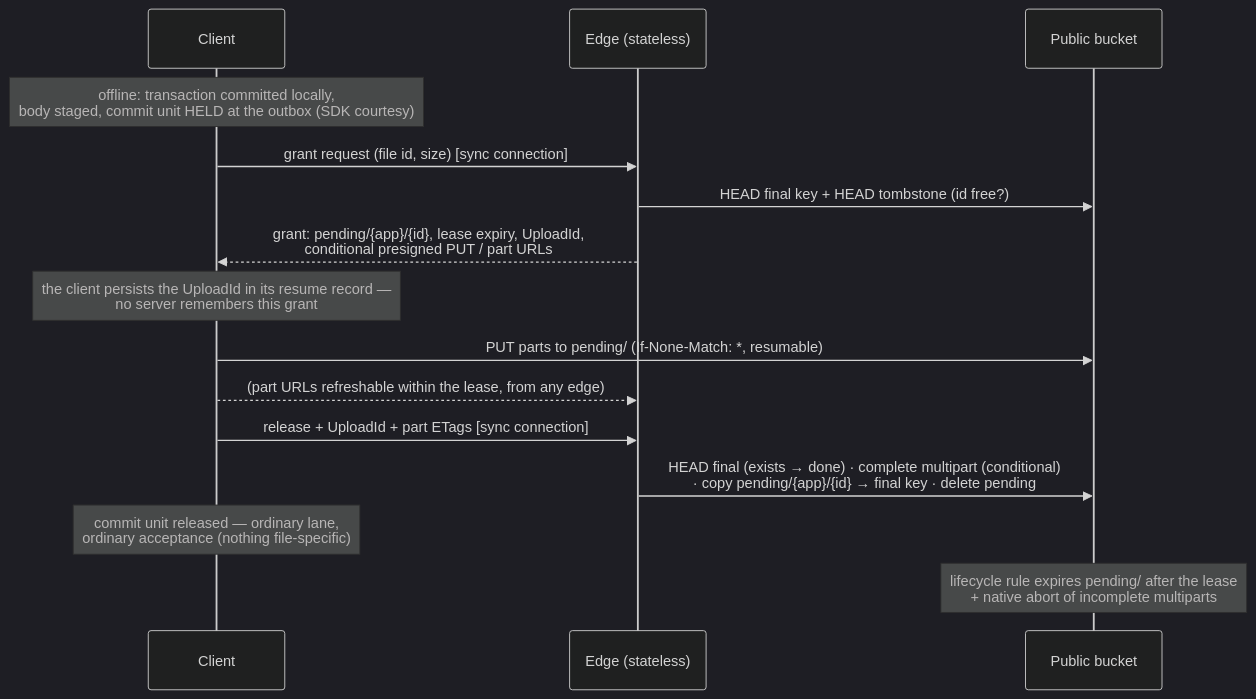
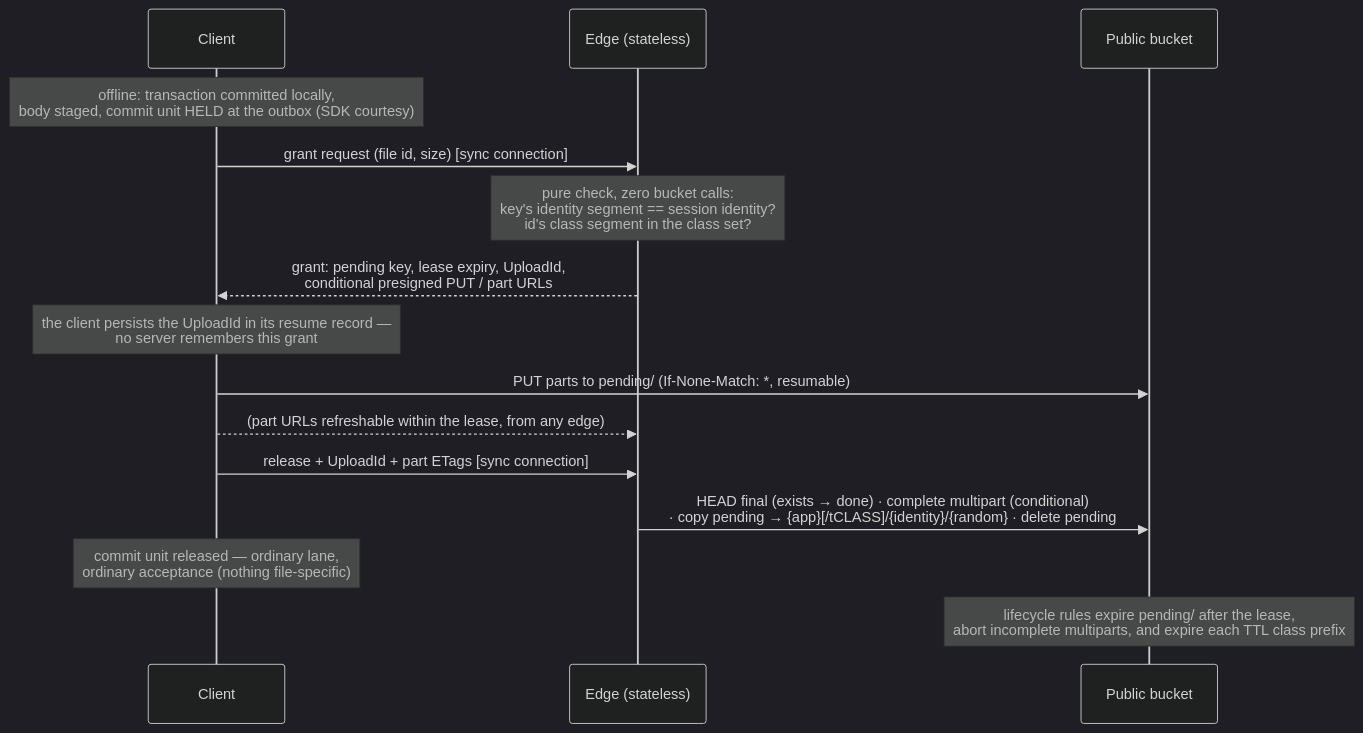
The second of 3 diagrams in docs/superpowers/specs/2026-07-09-files-design-explained.md (garden-co/jazz), drawn with Mermaid (dark theme) before and after one commit. The commit also changed other lines of this file and 5 other files, not shown here.

Commit message:
Simplify id management: identity-bound keys, schema-declared TTL

````diff
--- a/docs/superpowers/specs/2026-07-09-files-design-explained.md
+++ b/docs/superpowers/specs/2026-07-09-files-design-explained.md
@@ -178,18 +199,18 @@
 ```mermaid
 sequenceDiagram
     participant C as Client
     participant E as Edge (stateless)
     participant S3 as Public bucket
 
     Note over C: offline: transaction committed locally,<br/>body staged, commit unit HELD at the outbox (SDK courtesy)
-    C->>E: grant request (file id, size)        [sync connection]
-    E->>S3: HEAD final key + HEAD tombstone (id free?)
-    E-->>C: grant: pending/{app}/{id}, lease expiry, UploadId,<br/>conditional presigned PUT / part URLs
+    C->>E: grant request (file id, size)         [sync connection]
+    Note over E: pure check, zero bucket calls:<br/>key's identity segment == session identity?<br/>id's class segment in the class set?
+    E-->>C: grant: pending key, lease expiry, UploadId,<br/>conditional presigned PUT / part URLs
     Note over C: the client persists the UploadId in its resume record —<br/>no server remembers this grant
     C->>S3: PUT parts to pending/ (If-None-Match: *, resumable)
     C-->>E: (part URLs refreshable within the lease, from any edge)
-    C->>E: release + UploadId + part ETags      [sync connection]
-    E->>S3: HEAD final (exists → done) · complete multipart (conditional)<br/>· copy pending/{app}/{id} → final key · delete pending
+    C->>E: release + UploadId + part ETags       [sync connection]
+    E->>S3: HEAD final (exists → done) · complete multipart (conditional)<br/>· copy pending → {app}[/tCLASS]/{identity}/{random} · delete pending
     Note over C: commit unit released — ordinary lane,<br/>ordinary acceptance (nothing file-specific)
-    Note over S3: lifecycle rule expires pending/ after the lease<br/>+ native abort of incomplete multiparts
+    Note over S3: lifecycle rules expire pending/ after the lease,<br/>abort incomplete multiparts, and expire each TTL class prefix
 ```
````
